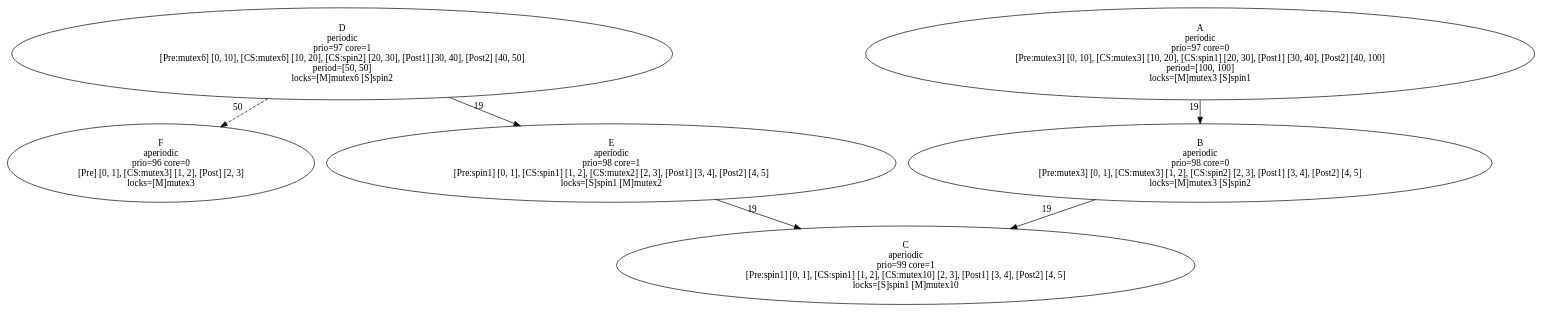
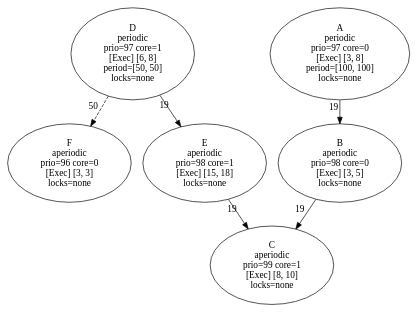
The diagram in example/common.dot (kevindadi/PPTPN), drawn with Graphviz before and after one commit. The commit also changed 2 other files, not shown here.

```diff
--- a/example/common.dot
+++ b/example/common.dot
@@ -1,13 +1,13 @@
 digraph G {
-    F [label = "F\naperiodic\nprio=96 core=0\n[Pre] [0, 1], [CS:mutex3] [1, 2], [Post] [2, 3]\nlocks=[M]mutex3";];
-    E [label = "E\naperiodic\nprio=98 core=1\n[Pre:spin1] [0, 1], [CS:spin1] [1, 2], [CS:mutex2] [2, 3], [Post1] [3, 4], [Post2] [4, 5]\nlocks=[S]spin1 [M]mutex2";];
-    A [label = "A\nperiodic\nprio=97 core=0\n[Pre:mutex3] [0, 10], [CS:mutex3] [10, 20], [CS:spin1] [20, 30], [Post1] [30, 40], [Post2] [40, 100]\nperiod=[100, 100]\nlocks=[M]mutex3 [S]spin1";];
-    D [label = "D\nperiodic\nprio=97 core=1\n[Pre:mutex6] [0, 10], [CS:mutex6] [10, 20], [CS:spin2] [20, 30], [Post1] [30, 40], [Post2] [40, 50]\nperiod=[50, 50]\nlocks=[M]mutex6 [S]spin2";];
-    C [label = "C\naperiodic\nprio=99 core=1\n[Pre:spin1] [0, 1], [CS:spin1] [1, 2], [CS:mutex10] [2, 3], [Post1] [3, 4], [Post2] [4, 5]\nlocks=[S]spin1 [M]mutex10";];
-    B [label = "B\naperiodic\nprio=98 core=0\n[Pre:mutex3] [0, 1], [CS:mutex3] [1, 2], [CS:spin2] [2, 3], [Post1] [3, 4], [Post2] [4, 5]\nlocks=[M]mutex3 [S]spin2";];
+    F [label = "F\naperiodic\nprio=96 core=0\n[Exec] [3, 3]\nlocks=none";];
+    E [label = "E\naperiodic\nprio=98 core=1\n[Exec] [15, 18]\nlocks=none";];
+    A [label = "A\nperiodic\nprio=97 core=0\n[Exec] [3, 8]\nperiod=[100, 100]\nlocks=none";];
+    D [label = "D\nperiodic\nprio=97 core=1\n[Exec] [6, 8]\nperiod=[50, 50]\nlocks=none";];
+    C [label = "C\naperiodic\nprio=99 core=1\n[Exec] [8, 10]\nlocks=none";];
+    B [label = "B\naperiodic\nprio=98 core=0\n[Exec] [3, 5]\nlocks=none";];
     A -> B [xlabel = "19";];
     B -> C [xlabel = "19";];
     D -> E [xlabel = "19";];
     E -> C [xlabel = "19";];
     D -> F [xlabel = "50"; style = "dashed";];
 }
```
